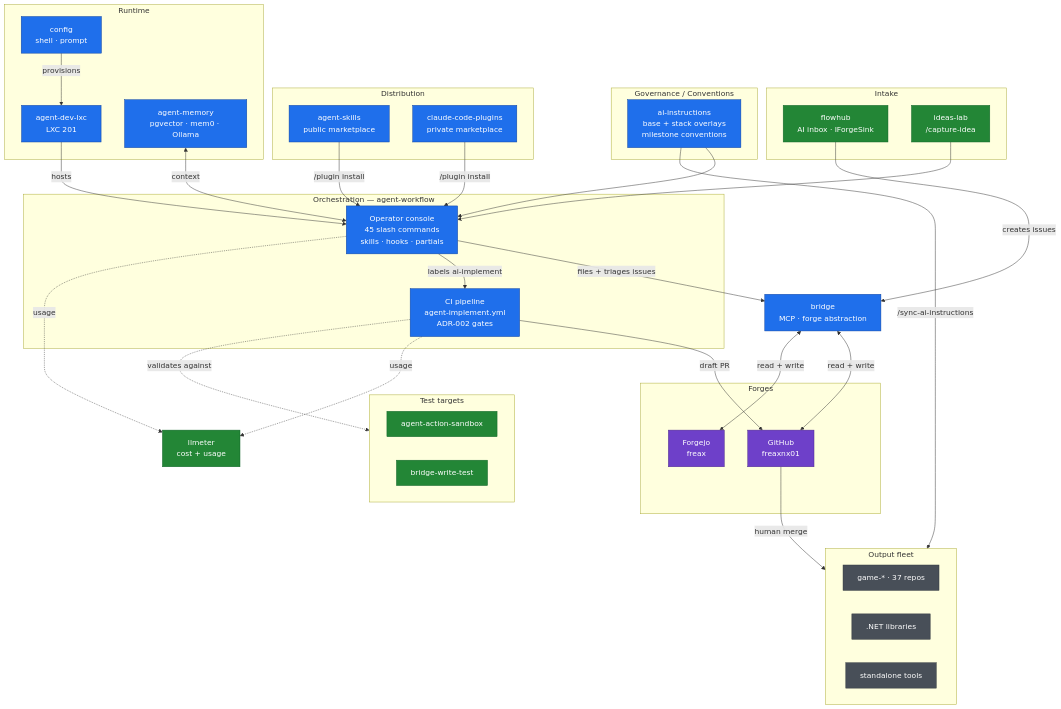
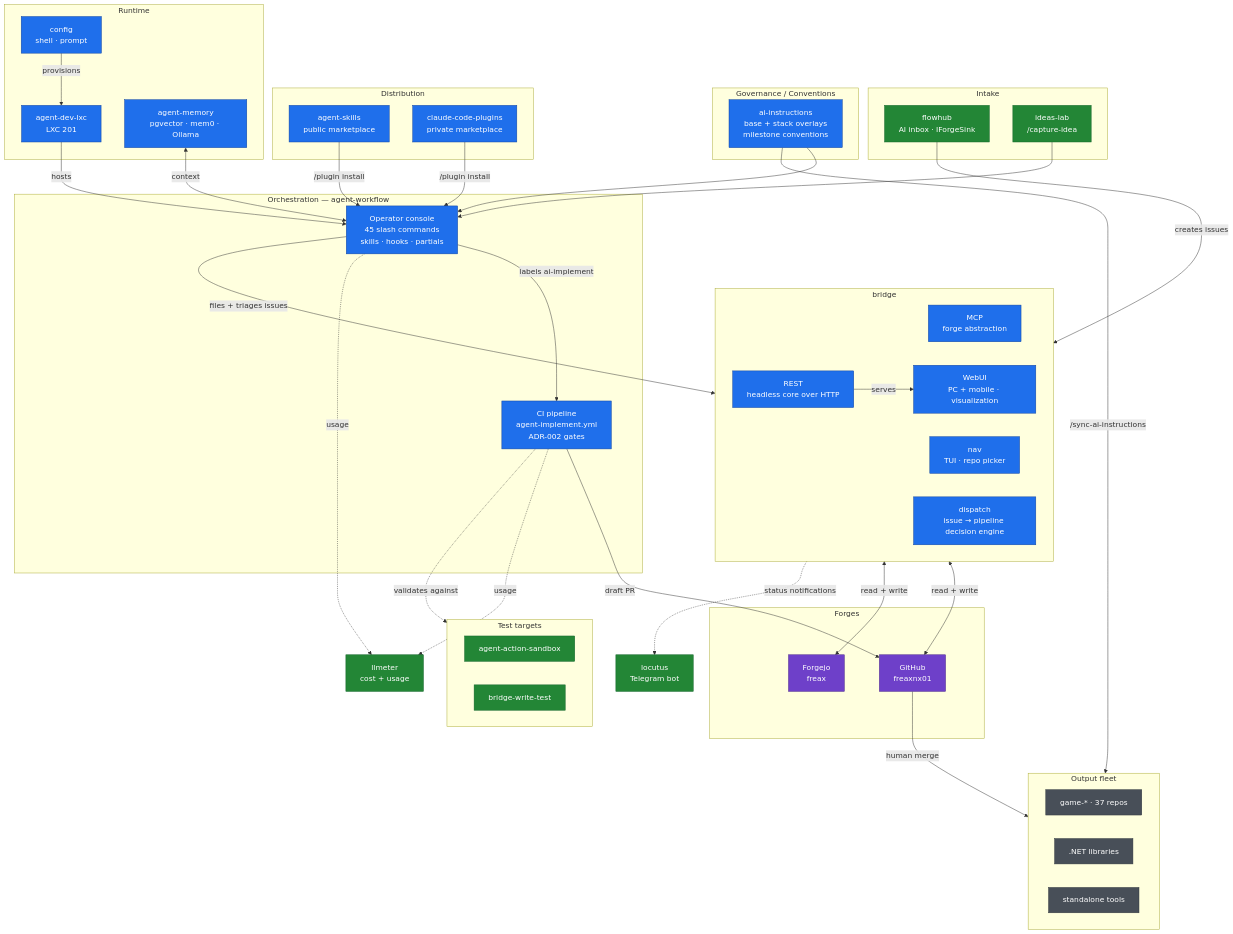
The diagram in docs/FACTORY-MAP.md (freaxnx01/agent-pipeline), drawn with Mermaid before and after one commit. The commit also changed 1 other file, not shown here.

Commit message:
docs: expand bridge into subgraph, add locutus, embed diagram in README
Claude-Session: https://claude.ai/code/session_01PoCW9x38ge8uNKdfs1e2cu

````diff
--- a/docs/FACTORY-MAP.md
+++ b/docs/FACTORY-MAP.md
@@ -50,7 +50,15 @@
         config["config<br/>shell · prompt"]
     end
 
-    bridge["bridge<br/>MCP · forge abstraction"]
+    subgraph BRIDGE["bridge"]
+        mcp["MCP<br/>forge abstraction"]
+        rest["REST<br/>headless core over HTTP"]
+        webui["WebUI<br/>PC + mobile · visualization"]
+        nav["nav<br/>TUI · repo picker"]
+        dispatch["dispatch<br/>issue → pipeline decision engine"]
+    end
+
+    locutus["locutus<br/>Telegram bot"]
 
     subgraph FORGES["Forges"]
         gh["GitHub<br/>freaxnx01"]
@@ -70,17 +78,19 @@
 
     llmeter["llmeter<br/>cost + usage"]
 
-    flowhub -->|creates issues| bridge
+    flowhub -->|creates issues| BRIDGE
     ideas --> console
     aiinstr -->|/sync-ai-instructions| OUT
     aiinstr --> console
     skills -->|/plugin install| console
     plugins -->|/plugin install| console
 
-    console -->|files + triages issues| bridge
+    console -->|files + triages issues| BRIDGE
     console -->|labels ai-implement| ci
-    bridge <-->|read + write| gh
-    bridge <-->|read + write| fj
+    BRIDGE <-->|read + write| gh
+    BRIDGE <-->|read + write| fj
+    rest -->|serves| webui
+    BRIDGE -.->|status notifications| locutus
 
     ci -->|draft PR| gh
     gh -->|human merge| OUT
@@ -97,8 +107,8 @@
     classDef forge fill:#6e40c9,stroke:#4c2889,color:#fff
     classDef output fill:#484f58,stroke:#30363d,color:#fff
 
-    class console,ci,aiinstr,skills,plugins,bridge,memory,lxc,config core
-    class flowhub,ideas,llmeter,sandbox,bwt support
+    class console,ci,aiinstr,skills,plugins,mcp,rest,webui,nav,dispatch,memory,lxc,config core
+    class flowhub,ideas,llmeter,sandbox,bwt,locutus support
     class gh,fj forge
     class games,libs,tools output
 ```
````
